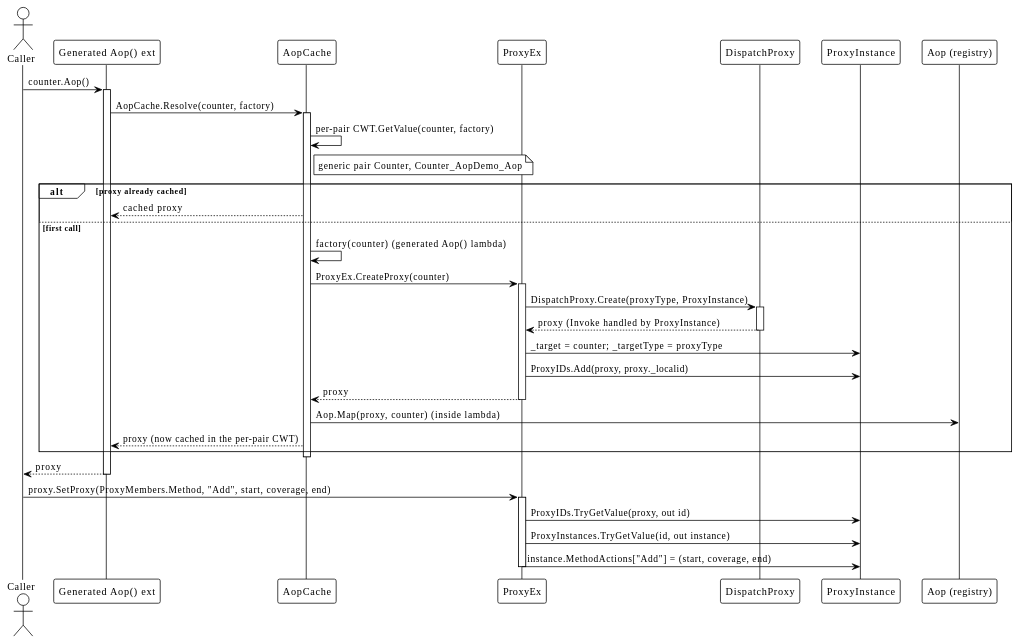
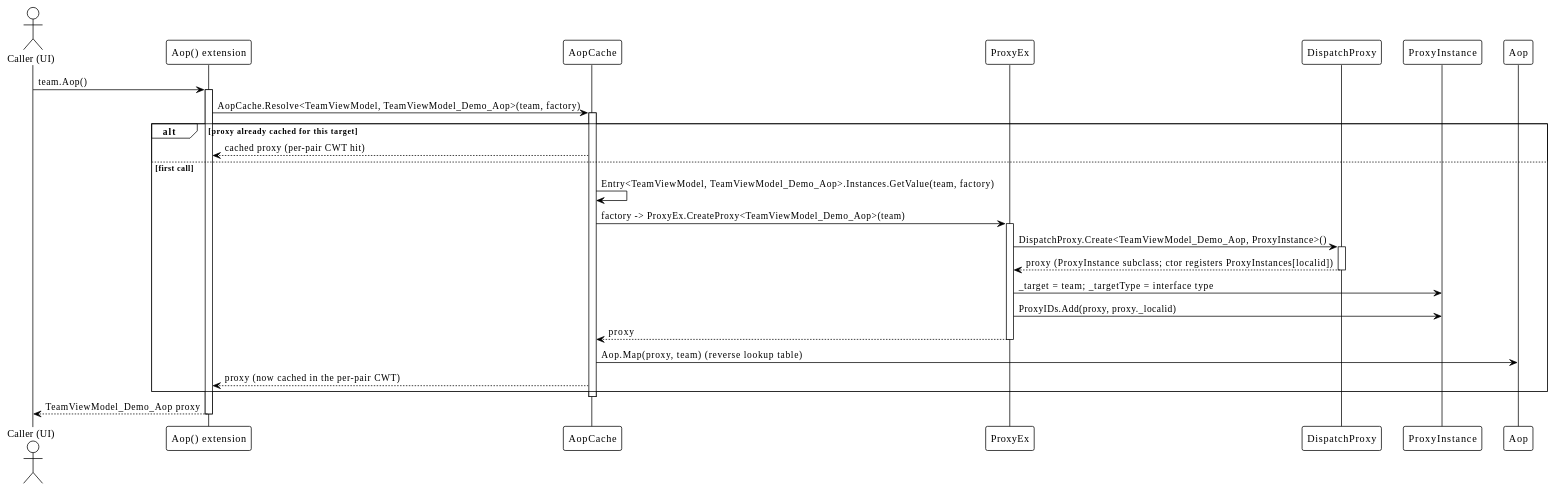
One commit to Axvser/VeloxDev.Docs changed the first of 2 diagrams in src/CloudGlyph/Assets/Docs/content/en/3_SE_Analysis/03_data-flow/05_aop/index.md. Above: the diagram before and after it, drawn with PlantUML. The commit also changed other lines of this file and 443 other files, not shown here.

````diff
--- a/src/CloudGlyph/Assets/Docs/content/en/3_SE_Analysis/03_data-flow/05_aop/index.md
+++ b/src/CloudGlyph/Assets/Docs/content/en/3_SE_Analysis/03_data-flow/05_aop/index.md
@@ -5,48 +9,42 @@
 ```plantuml
 @startuml
 !theme plain
 
-actor Caller as C
-participant "Generated Aop() ext" as E
+actor "Caller (UI)" as C
+participant "Aop() extension" as E
 participant "AopCache" as AC
 participant "ProxyEx" as PX
 participant "DispatchProxy" as DP
 participant "ProxyInstance" as PI
-participant "Aop (registry)" as AO
+participant "Aop" as AO
 
-C -> E: counter.Aop()
+C -> E: team.Aop()
 activate E
-E -> AC: AopCache.Resolve(counter, factory)
+
+E -> AC: AopCache.Resolve<TeamViewModel, TeamViewModel_Demo_Aop>(team, factory)
 activate AC
-AC -> AC: per-pair CWT.GetValue(counter, factory)
-note right of AC: generic pair Counter, Counter_AopDemo_Aop
-alt proxy already cached
-    AC --> E: cached proxy
+
+alt proxy already cached for this target
+    AC --> E: cached proxy (per-pair CWT hit)
 else first call
-    AC -> AC: factory(counter)  (generated Aop() lambda)
-    AC -> PX: ProxyEx.CreateProxy(counter)
+    AC -> AC: Entry<TeamViewModel, TeamViewModel_Demo_Aop>.Instances.GetValue(team, factory)
+    AC -> PX: factory -> ProxyEx.CreateProxy<TeamViewModel_Demo_Aop>(team)
     activate PX
-    PX -> DP: DispatchProxy.Create(proxyType, ProxyInstance)
+    PX -> DP: DispatchProxy.Create<TeamViewModel_Demo_Aop, ProxyInstance>()
     activate DP
-    DP --> PX: proxy (Invoke handled by ProxyInstance)
+    DP --> PX: proxy (ProxyInstance subclass; ctor registers ProxyInstances[localid])
     deactivate DP
-    PX -> PI: _target = counter; _targetType = proxyType
+    PX -> PI: _target = team; _targetType = interface type
     PX -> PI: ProxyIDs.Add(proxy, proxy._localid)
     PX --> AC: proxy
     deactivate PX
-    AC -> AO: Aop.Map(proxy, counter)  (inside lambda)
+    AC -> AO: Aop.Map(proxy, team)  (reverse lookup table)
     AC --> E: proxy (now cached in the per-pair CWT)
 end
+
 deactivate AC
-E --> C: proxy
+E --> C: TeamViewModel_Demo_Aop proxy
 deactivate E
-
-C -> PX: proxy.SetProxy(ProxyMembers.Method, "Add", start, coverage, end)
-activate PX
-PX -> PI: ProxyIDs.TryGetValue(proxy, out id)
-PX -> PI: ProxyInstances.TryGetValue(id, out instance)
-PX -> PI: instance.MethodActions["Add"] = (start, coverage, end)
-deactivate PX
 
 @enduml
 ```
````
